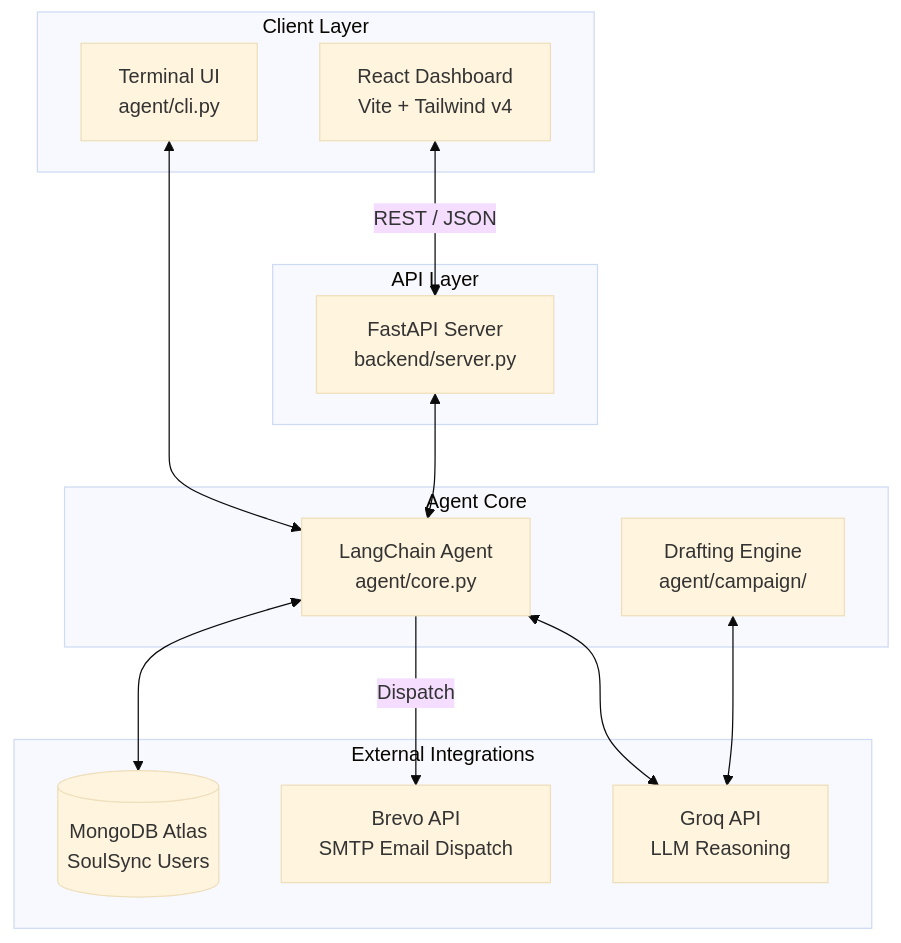
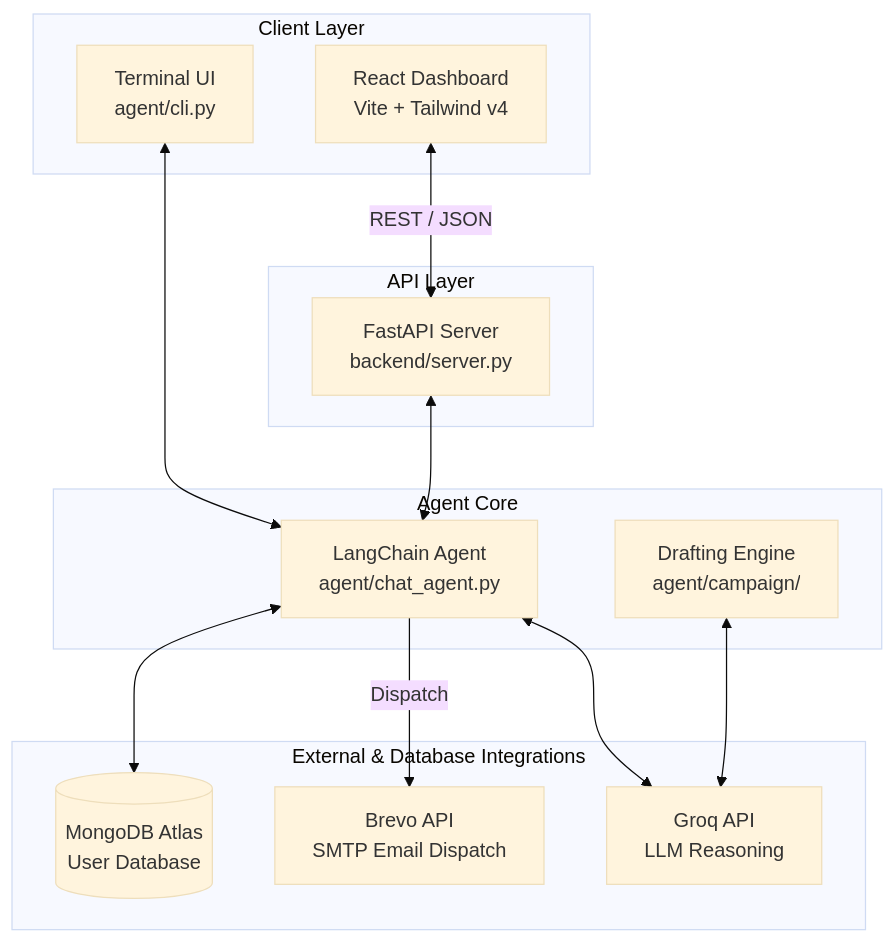
The first of 2 diagrams in README.md (itslokeshx/Lookout), drawn with Mermaid (base theme) before and after one commit. The commit also changed other lines of this file, not shown here.

Commit message:
feat: overhaul README to reflect v2 general-purpose SaaS architecture and multi-collection database capabilities

````diff
--- a/README.md
+++ b/README.md
@@ -56,31 +58,31 @@
 ```mermaid
 graph TD
-    subgraph Client Layer
+    subgraph Client Layer [Client Layer]
         UI[React Dashboard<br>Vite + Tailwind v4]
         CLI[Terminal UI<br>agent/cli.py]
     end
     
-    subgraph API Layer
+    subgraph API Layer [API Layer]
         FastAPI[FastAPI Server<br>backend/server.py]
     end
 
-    subgraph Agent Core
-        Agent[LangChain Agent<br>agent/core.py]
+    subgraph Agent Core [Agent Core]
+        Agent[LangChain Agent<br>agent/chat_agent.py]
         Campaign[Drafting Engine<br>agent/campaign/]
     end
 
-    subgraph External Integrations
-        MongoDB[(MongoDB Atlas<br>SoulSync Users)]
+    subgraph External & Database Integrations [External & Database Integrations]
+        MongoDB[(MongoDB Atlas<br>User Database)]
         Brevo[Brevo API<br>SMTP Email Dispatch]
         Groq[Groq API<br>LLM Reasoning]
     end
 
     UI <-->|REST / JSON| FastAPI
     CLI <--> Agent
     FastAPI <--> Agent
     
     Agent <--> Groq
     Agent <--> MongoDB
     Campaign <--> Groq
     Agent -->|Dispatch| Brevo
 ```
````
